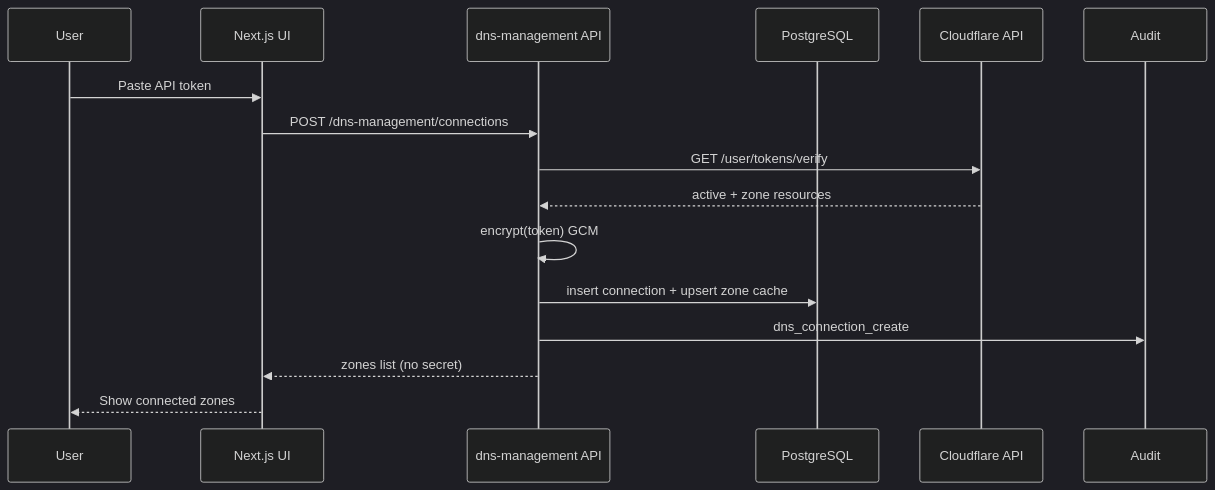
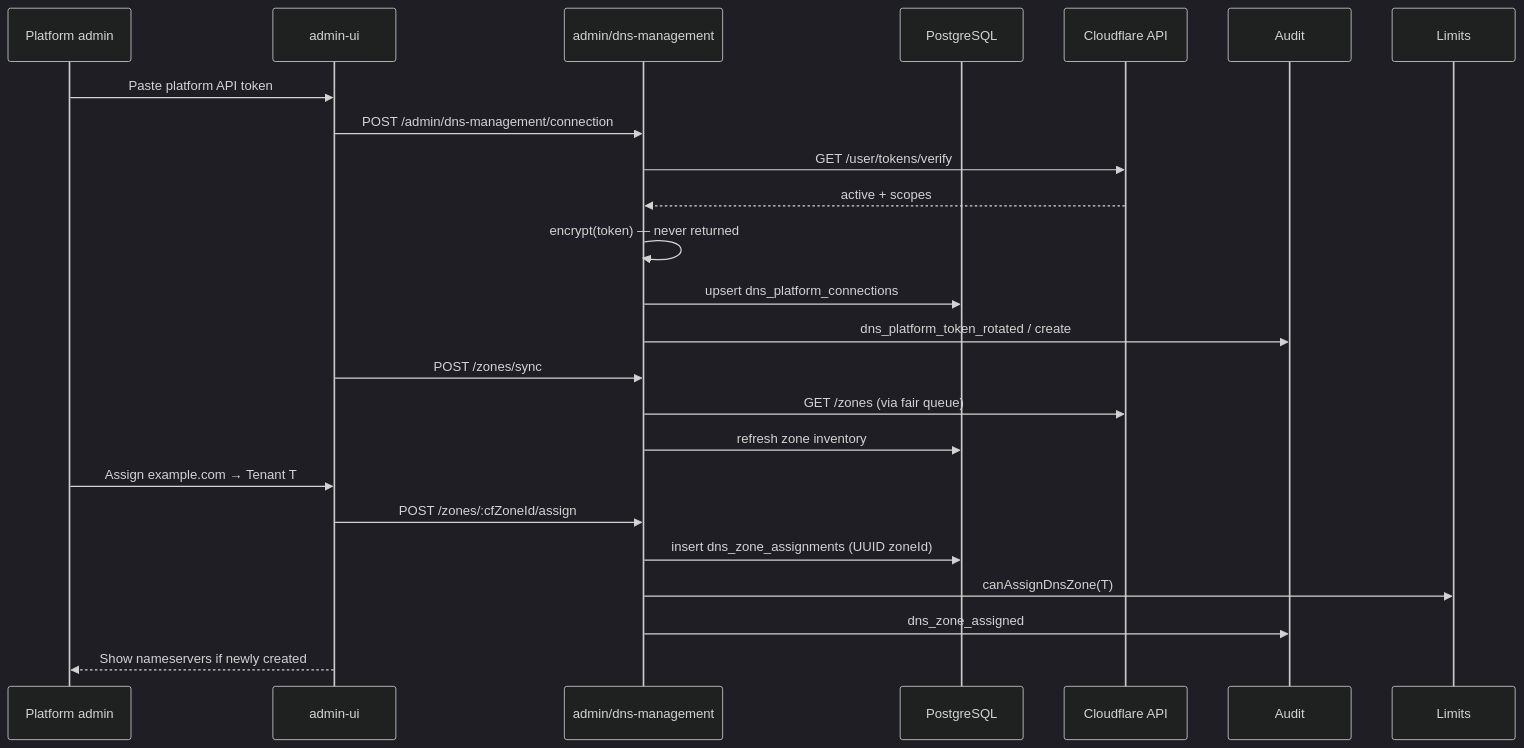
One commit to jeremymcs/nebula-dns changed the first of 4 diagrams in docs/modules/dns-management/FLOW.md. Above: the diagram before and after it, drawn with Mermaid (dark theme). The commit also changed other lines of this file and 2 other files, not shown here.

First line of the commit message:
docs(dns-management): primary MSP-hosted zones on Flux Cloudflare account

````diff
--- a/docs/modules/dns-management/FLOW.md
+++ b/docs/modules/dns-management/FLOW.md
@@ -5,18 +5,25 @@
 ```mermaid
 sequenceDiagram
-  participant User
-  participant UI as Next.js UI
-  participant API as dns-management API
+  participant Admin as Platform admin
+  participant AdminUI as admin-ui
+  participant API as admin/dns-management
   participant DB as PostgreSQL
   participant CF as Cloudflare API
 
-  User->>UI: Paste API token
-  UI->>API: POST /dns-management/connections
+  Admin->>AdminUI: Paste platform API token
+  AdminUI->>API: POST /admin/dns-management/connection
   API->>CF: GET /user/tokens/verify
-  CF-->>API: active + zone resources
-  API->>API: encrypt(token) GCM
-  API->>DB: insert connection + upsert zone cache
-  API->>Audit: dns_connection_create
-  API-->>UI: zones list (no secret)
-  UI-->>User: Show connected zones
+  CF-->>API: active + scopes
+  API->>API: encrypt(token) — never returned
+  API->>DB: upsert dns_platform_connections
+  API->>Audit: dns_platform_token_rotated / create
+  AdminUI->>API: POST /zones/sync
+  API->>CF: GET /zones (via fair queue)
+  API->>DB: refresh zone inventory
+  Admin->>AdminUI: Assign example.com → Tenant T
+  AdminUI->>API: POST /zones/:cfZoneId/assign
+  API->>DB: insert dns_zone_assignments (UUID zoneId)
+  API->>Limits: canAssignDnsZone(T)
+  API->>Audit: dns_zone_assigned
+  AdminUI-->>Admin: Show nameservers if newly created
 ```
````
